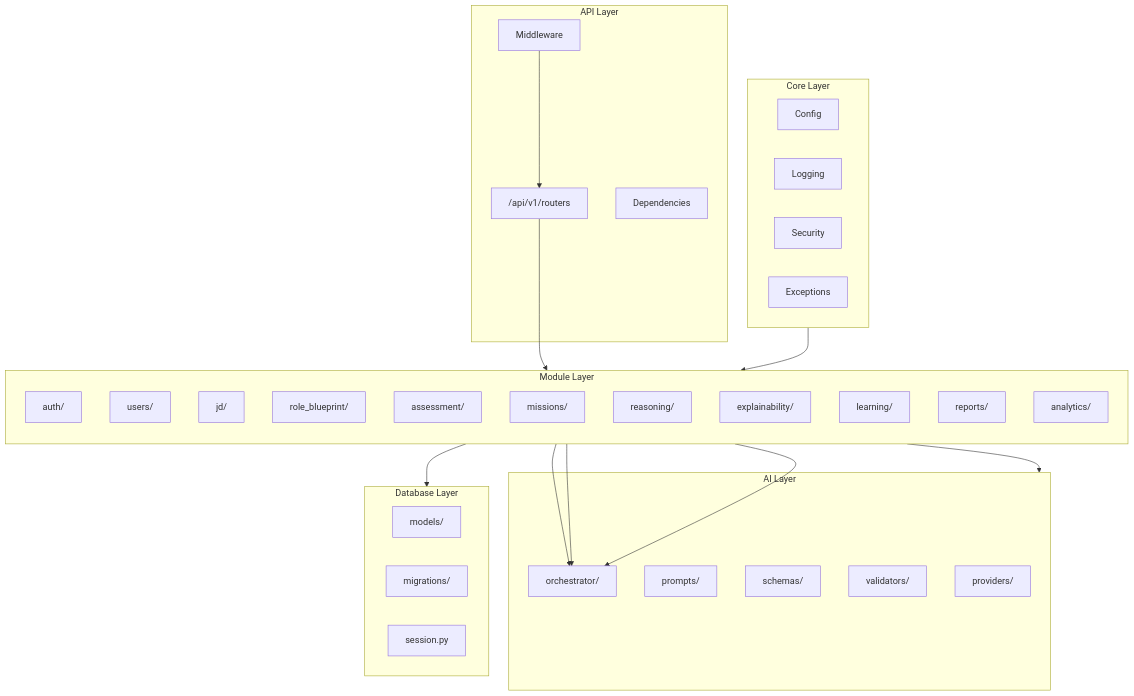
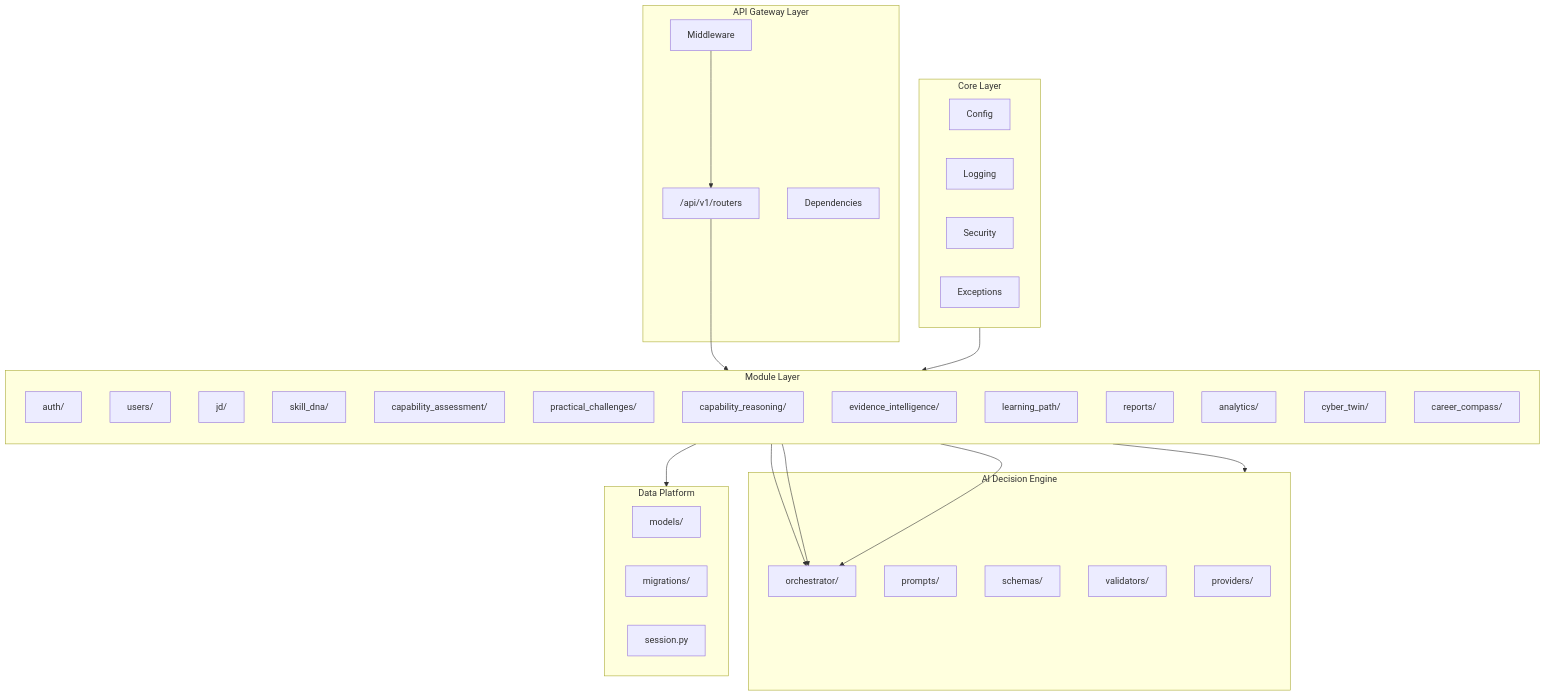
Before and after one commit to BL4CK-0PS/AegisIQ: the fourth of 13 diagrams in README.md, drawn with Mermaid. The commit also changed other lines of this file and 88 other files, not shown here.

First line of the commit message:
docs: enhance all 40 docs with Mermaid diagrams and Related Documents

````diff
--- a/README.md
+++ b/README.md
@@ -244,49 +283,51 @@
 ```mermaid
 flowchart TD
-    subgraph API["API Layer"]
+    subgraph API["API Gateway Layer"]
         R["/api/v1/routers"]
         MW["Middleware"]
         DEP["Dependencies"]
     end
     subgraph Core["Core Layer"]
         CFG["Config"]
         LOG["Logging"]
         SEC["Security"]
         EXC["Exceptions"]
     end
     subgraph Modules["Module Layer"]
         direction TB
         AUTH["auth/"]
         USR["users/"]
         JD["jd/"]
-        RB["role_blueprint/"]
-        ASM["assessment/"]
-        MIS["missions/"]
-        REA["reasoning/"]
-        EXP["explainability/"]
-        LRN["learning/"]
+        SDE["skill_dna/"]
+        CIE["capability_assessment/"]
+        PCE["practical_challenges/"]
+        CRE["capability_reasoning/"]
+        EIE["evidence_intelligence/"]
+        LPE["learning_path/"]
         REP["reports/"]
         ANL["analytics/"]
+        CT["cyber_twin/"]
+        CC["career_compass/"]
     end
-    subgraph AI["AI Layer"]
+    subgraph AI["AI Decision Engine"]
         ORC["orchestrator/"]
         PRO["prompts/"]
         SCH["schemas/"]
         VAL["validators/"]
         PRV["providers/"]
     end
-    subgraph DB["Database Layer"]
+    subgraph DB["Data Platform"]
         MOD["models/"]
         MIG["migrations/"]
         SES["session.py"]
     end
 
     R --> Modules
     MW --> R
     Core --> Modules
     Modules --> AI
-    ASM --> ORC
-    JD --> ORC
-    REA --> ORC
+    CIE --> ORC
+    SDE --> ORC
+    CRE --> ORC
     Modules --> DB
 ```
````
